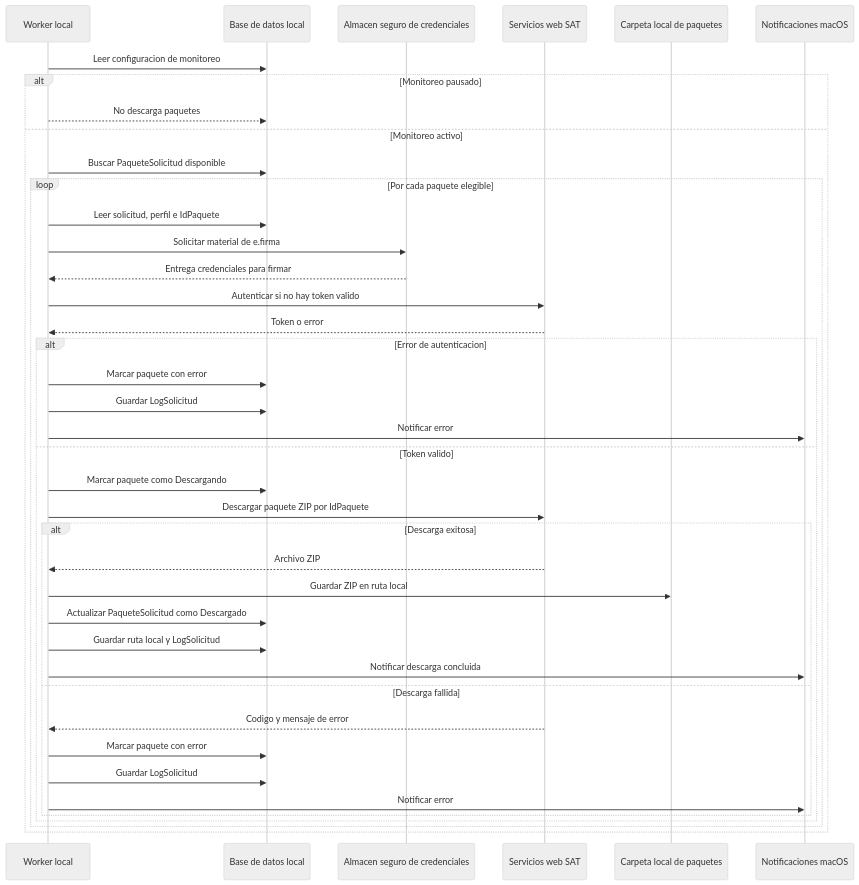
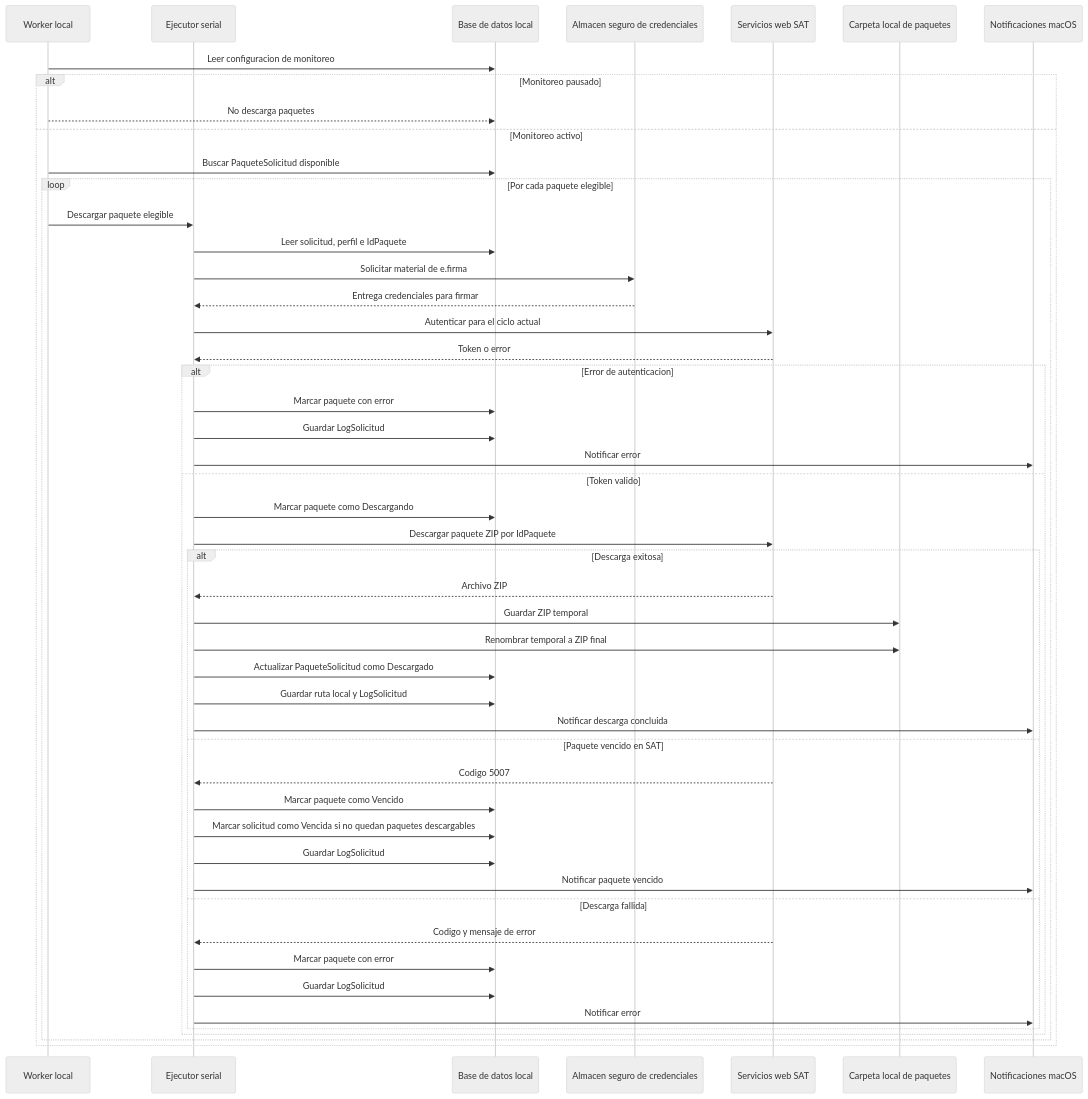
One commit to irritila/sat-cfdi-downloader changed the seventh of 21 diagrams in docs/architecture.md. Above: the diagram before and after it, drawn with Mermaid (neutral theme). The commit also changed other lines of this file and 14 other files, not shown here.

````diff
--- a/docs/architecture.md
+++ b/docs/architecture.md
@@ -369,47 +391,56 @@
 ```mermaid
 sequenceDiagram
     participant Worker as Worker local
+    participant Executor as Ejecutor serial
     participant DB as Base de datos local
     participant Credenciales as Almacen seguro de credenciales
     participant SAT as Servicios web SAT
     participant Archivos as Carpeta local de paquetes
     participant Notificaciones as Notificaciones macOS
 
     Worker->>DB: Leer configuracion de monitoreo
 
     alt Monitoreo pausado
         Worker-->>DB: No descarga paquetes
     else Monitoreo activo
         Worker->>DB: Buscar PaqueteSolicitud disponible
 
         loop Por cada paquete elegible
-            Worker->>DB: Leer solicitud, perfil e IdPaquete
-            Worker->>Credenciales: Solicitar material de e.firma
-            Credenciales-->>Worker: Entrega credenciales para firmar
-            Worker->>SAT: Autenticar si no hay token valido
-            SAT-->>Worker: Token o error
+            Worker->>Executor: Descargar paquete elegible
+            Executor->>DB: Leer solicitud, perfil e IdPaquete
+            Executor->>Credenciales: Solicitar material de e.firma
+            Credenciales-->>Executor: Entrega credenciales para firmar
+            Executor->>SAT: Autenticar para el ciclo actual
+            SAT-->>Executor: Token o error
 
             alt Error de autenticacion
-                Worker->>DB: Marcar paquete con error
-                Worker->>DB: Guardar LogSolicitud
-                Worker->>Notificaciones: Notificar error
+                Executor->>DB: Marcar paquete con error
+                Executor->>DB: Guardar LogSolicitud
+                Executor->>Notificaciones: Notificar error
             else Token valido
-                Worker->>DB: Marcar paquete como Descargando
-                Worker->>SAT: Descargar paquete ZIP por IdPaquete
+                Executor->>DB: Marcar paquete como Descargando
+                Executor->>SAT: Descargar paquete ZIP por IdPaquete
 
                 alt Descarga exitosa
-                    SAT-->>Worker: Archivo ZIP
-                    Worker->>Archivos: Guardar ZIP en ruta local
-                    Worker->>DB: Actualizar PaqueteSolicitud como Descargado
-                    Worker->>DB: Guardar ruta local y LogSolicitud
-                    Worker->>Notificaciones: Notificar descarga concluida
+                    SAT-->>Executor: Archivo ZIP
+                    Executor->>Archivos: Guardar ZIP temporal
+                    Executor->>Archivos: Renombrar temporal a ZIP final
+                    Executor->>DB: Actualizar PaqueteSolicitud como Descargado
+                    Executor->>DB: Guardar ruta local y LogSolicitud
+                    Executor->>Notificaciones: Notificar descarga concluida
+                else Paquete vencido en SAT
+                    SAT-->>Executor: Codigo 5007
+                    Executor->>DB: Marcar paquete como Vencido
+                    Executor->>DB: Marcar solicitud como Vencida si no quedan paquetes descargables
+                    Executor->>DB: Guardar LogSolicitud
+                    Executor->>Notificaciones: Notificar paquete vencido
                 else Descarga fallida
-                    SAT-->>Worker: Codigo y mensaje de error
-                    Worker->>DB: Marcar paquete con error
-                    Worker->>DB: Guardar LogSolicitud
-                    Worker->>Notificaciones: Notificar error
+                    SAT-->>Executor: Codigo y mensaje de error
+                    Executor->>DB: Marcar paquete con error
+                    Executor->>DB: Guardar LogSolicitud
+                    Executor->>Notificaciones: Notificar error
                 end
             end
         end
     end
 ```
````
